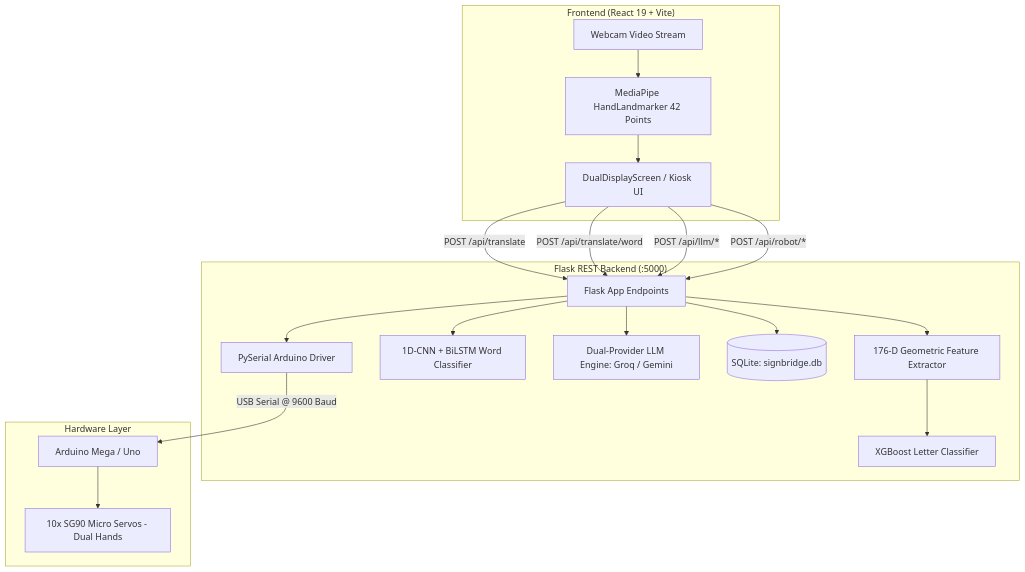
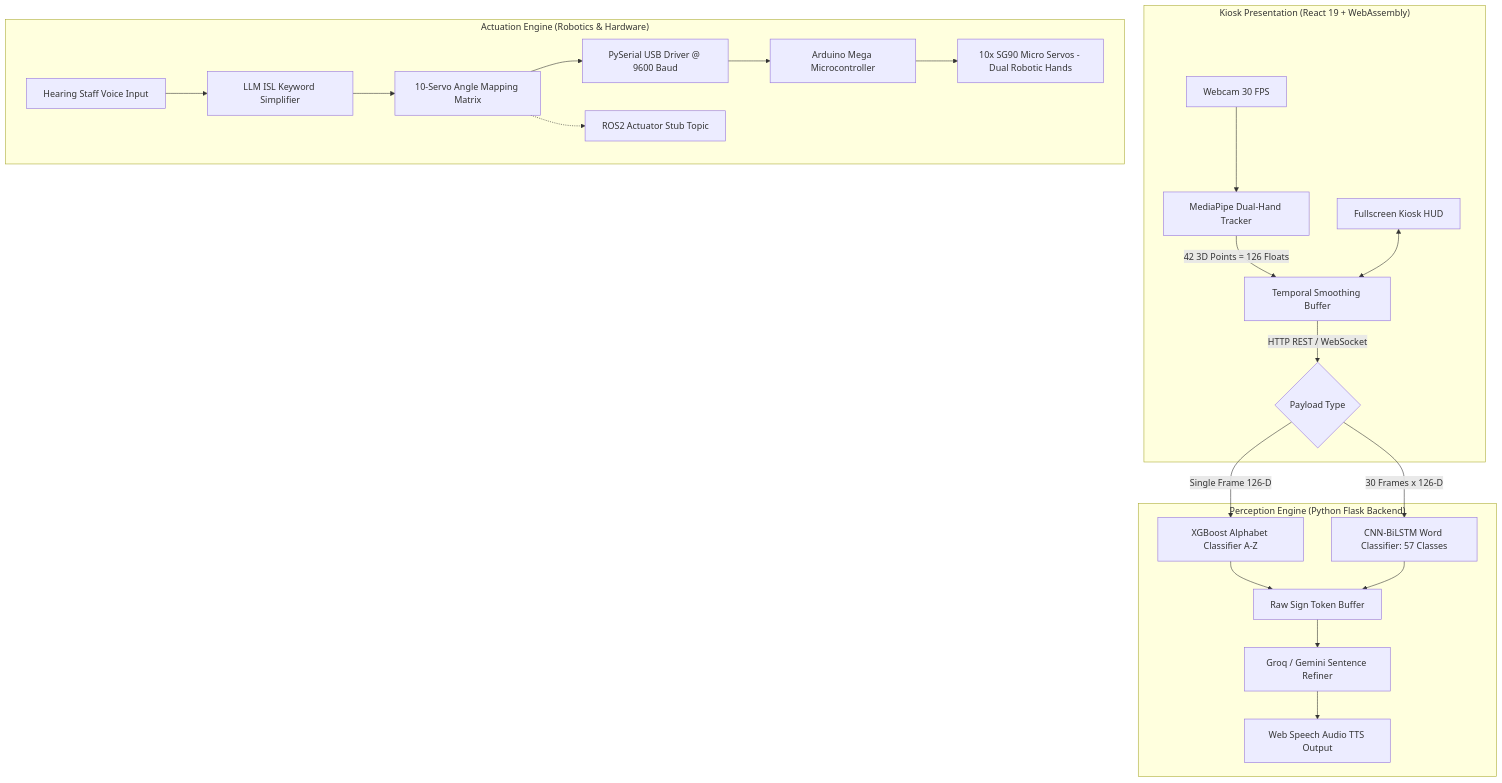
One commit to Chintannn-c/Sign-Bridge- changed the diagram in README.md. Above: the diagram before and after it, drawn with Mermaid. The commit also changed other lines of this file and 6 other files, not shown here.

Commit message:
docs: comprehensive update of README.md reflecting kiosk architecture, 57-word AI model, and robotics actuation

````diff
--- a/README.md
+++ b/README.md
@@ -93,38 +114,28 @@
 ```mermaid
 flowchart TD
-    subgraph Client_Side["Frontend (React 19 + Vite)"]
-        UI[DualDisplayScreen / Kiosk UI]
-        Webcam[Webcam Video Stream]
-        MP[MediaPipe HandLandmarker 42 Points]
-        Webcam --> MP
-        MP --> UI
+    subgraph Kiosk_Frontend["Kiosk Presentation (React 19 + WebAssembly)"]
+        Camera[Webcam 30 FPS] --> MP[MediaPipe Dual-Hand Tracker]
+        MP -->|42 3D Points = 126 Floats| FE_Buffer[Temporal Smoothing Buffer]
+        FE_Buffer -->|HTTP REST / WebSocket| Backend
+        HUD[Fullscreen Kiosk HUD] <--> FE_Buffer
     end
 
-    subgraph Backend_Server["Flask REST Backend (:5000)"]
-        API[Flask App Endpoints]
-        FE[176-D Geometric Feature Extractor]
-        XGB[XGBoost Letter Classifier]
-        CNN_LSTM[1D-CNN + BiLSTM Word Classifier]
-        LLM_Engine[Dual-Provider LLM Engine: Groq / Gemini]
-        DB[(SQLite: signbridge.db)]
-        Serial[PySerial Arduino Driver]
+    subgraph Perception_Engine["Perception Engine (Python Flask Backend)"]
+        Backend{Payload Type}
+        Backend -->|Single Frame 126-D| XGB[XGBoost Alphabet Classifier A-Z]
+        Backend -->|30 Frames x 126-D| CNN_LSTM[CNN-BiLSTM Word Classifier: 57 Classes]
+        XGB --> Raw_Gloss[Raw Sign Token Buffer]
+        CNN_LSTM --> Raw_Gloss
+        Raw_Gloss --> LLM_Refine[Groq / Gemini Sentence Refiner]
+        LLM_Refine --> TTS[Web Speech Audio TTS Output]
     end
 
-    subgraph Hardware_Layer["Hardware Layer"]
-        Arduino[Arduino Mega / Uno]
-        Servos[10x SG90 Micro Servos - Dual Hands]
-        Arduino --> Servos
+    subgraph Actuation_Engine["Actuation Engine (Robotics & Hardware)"]
+        Speech_In[Hearing Staff Voice Input] --> LLM_Simplify[LLM ISL Keyword Simplifier]
+        LLM_Simplify --> Motor_Map[10-Servo Angle Mapping Matrix]
+        Motor_Map --> Serial[PySerial USB Driver @ 9600 Baud]
+        Motor_Map -.-> ROS2[ROS2 Actuator Stub Topic]
+        Serial --> Arduino[Arduino Mega Microcontroller]
+        Arduino --> Servos[10x SG90 Micro Servos - Dual Robotic Hands]
     end
-
-    UI -->|POST /api/translate| API
-    UI -->|POST /api/translate/word| API
-    UI -->|POST /api/llm/*| API
-    UI -->|POST /api/robot/*| API
-
-    API --> FE --> XGB
-    API --> CNN_LSTM
-    API --> LLM_Engine
-    API --> DB
-    API --> Serial
-    Serial -->|USB Serial @ 9600 Baud| Arduino
 ```
````
